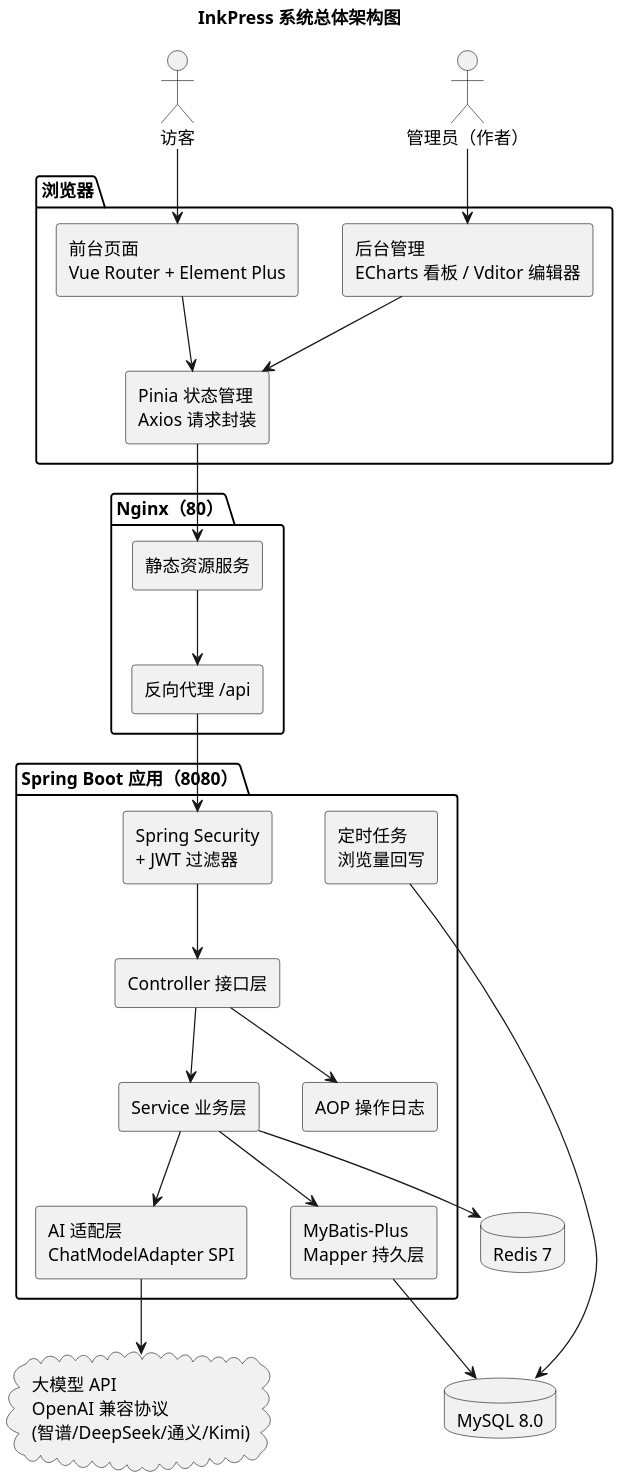
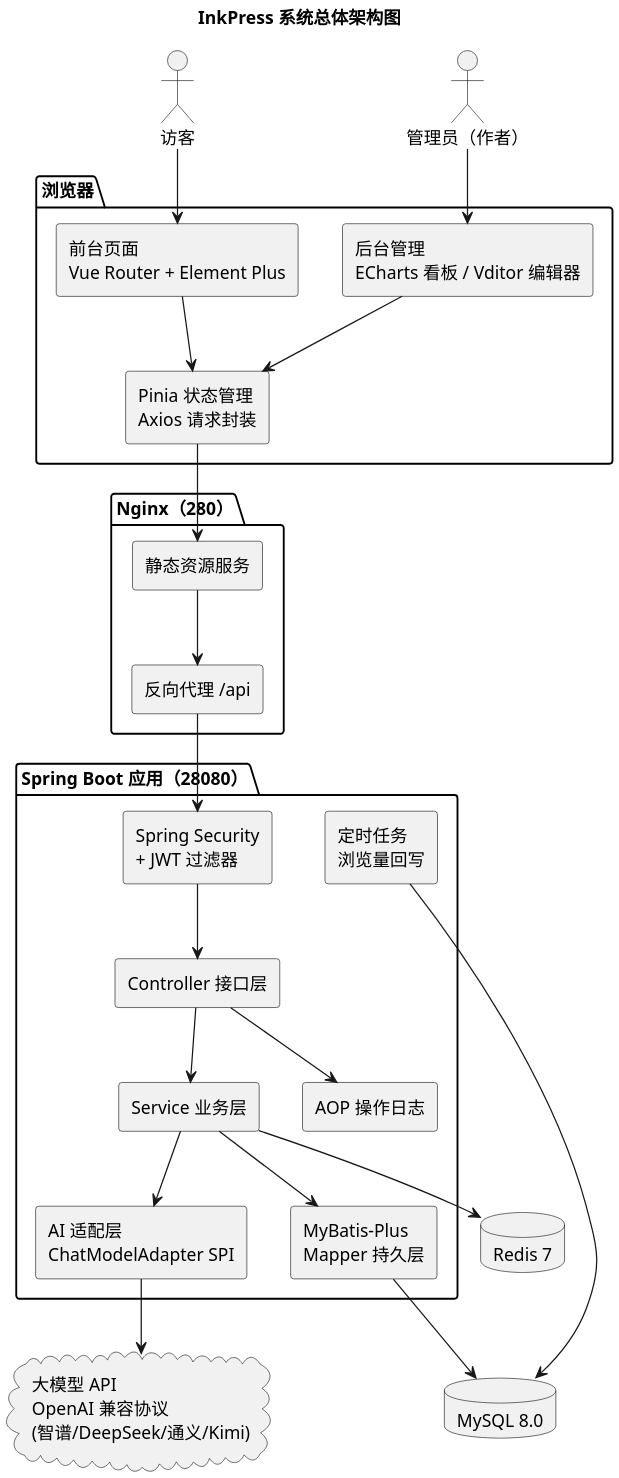
One commit to lggyx/inkpress2agent changed the diagram in docs/diagrams/01-系统架构图.puml. Above: the diagram before and after it, drawn with PlantUML. The commit also changed 14 other files, not shown here.

Commit message:
chore: 运行端口统一加前缀 2（8080→28080 等），文档与图纸同步

```diff
--- a/docs/diagrams/01-系统架构图.puml
+++ b/docs/diagrams/01-系统架构图.puml
@@ -1,52 +1,52 @@
 @startuml 01-系统架构图
 skinparam dpi 200
 skinparam componentStyle rectangle
 skinparam shadowing false
 skinparam defaultFontName Microsoft YaHei
 title InkPress 系统总体架构图
 
 actor 访客 as guest
 actor "管理员（作者）" as admin
 
 package "浏览器" {
   [前台页面\nVue Router + Element Plus] as front
   [后台管理\nECharts 看板 / Vditor 编辑器] as backui
   [Pinia 状态管理\nAxios 请求封装] as store
 }
 
-package "Nginx（80）" {
+package "Nginx（280）" {
   [静态资源服务] as nginx
   [反向代理 /api] as proxy
 }
 
-package "Spring Boot 应用（8080）" {
+package "Spring Boot 应用（28080）" {
   [Controller 接口层] as ctrl
   [Service 业务层] as svc
   [Spring Security\n+ JWT 过滤器] as sec
   [MyBatis-Plus\nMapper 持久层] as mapper
   [AI 适配层\nChatModelAdapter SPI] as ai
   [AOP 操作日志] as aop
   [定时任务\n浏览量回写] as sched
 }
 
 database "MySQL 8.0" as mysql
 database "Redis 7" as redis
 cloud "大模型 API\nOpenAI 兼容协议\n(智谱/DeepSeek/通义/Kimi)" as llm
 
 guest --> front
 admin --> backui
 front --> store
 backui --> store
 store --> nginx
 nginx --> proxy
 proxy --> sec
 sec --> ctrl
 ctrl --> svc
 svc --> mapper
 svc --> ai
 ctrl --> aop
 svc --> redis
 sched --> mysql
 mapper --> mysql
 ai --> llm
 @enduml
```
